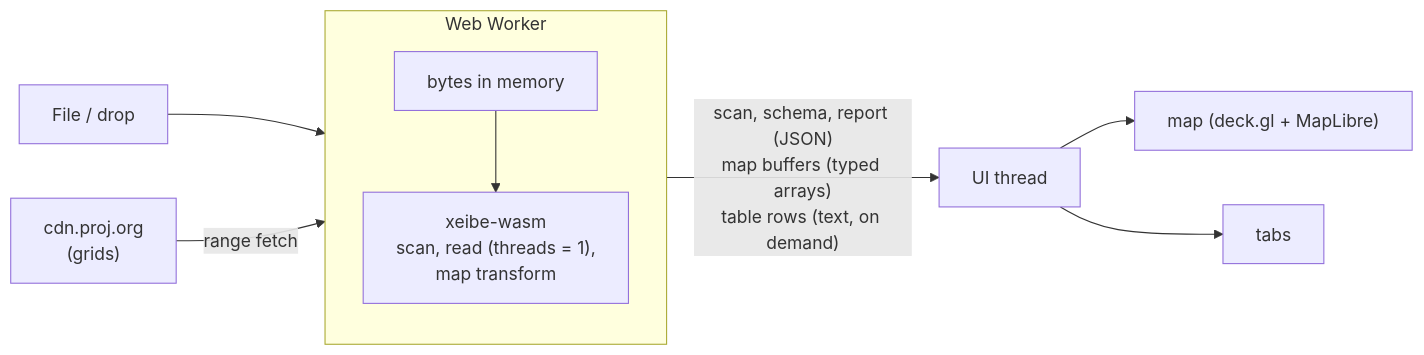
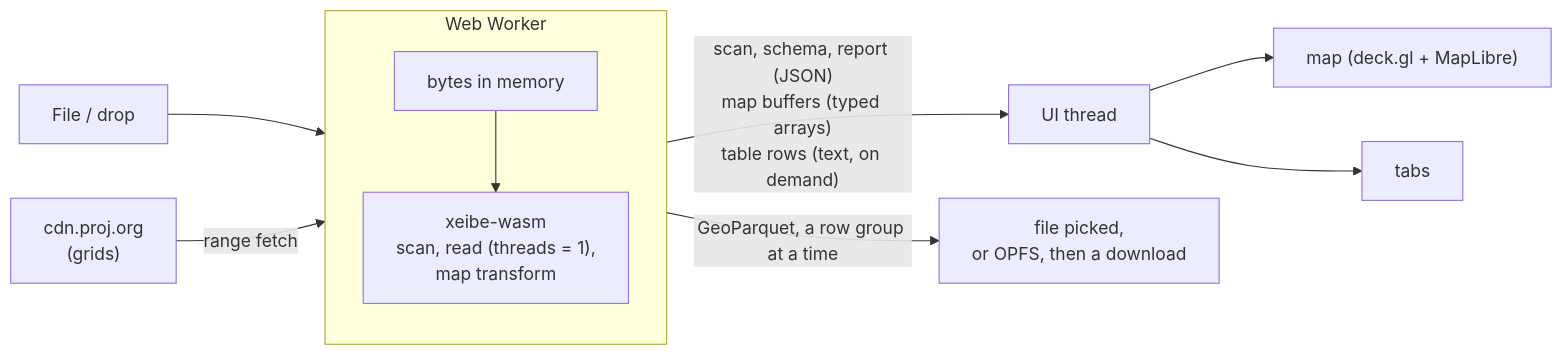
The diagram in docs/web.md (ttomasz/xeibe), drawn with Mermaid before and after one commit. The commit also changed other lines of this file and 6 other files, not shown here.

First line of the commit message:
Web page: export the whole layer to GeoParquet

````diff
--- a/docs/web.md
+++ b/docs/web.md
@@ -254,11 +278,12 @@
 ```mermaid
 flowchart LR
     file["File / drop"] --> worker
     cdn["cdn.proj.org<br/>(grids)"] -->|range fetch| worker
     subgraph worker["Web Worker"]
         bytes["bytes in memory"] --> wasm["xeibe-wasm<br/>scan, read (threads = 1),<br/>map transform"]
     end
     worker -->|"scan, schema, report (JSON)<br/>map buffers (typed arrays)<br/>table rows (text, on demand)"| ui["UI thread"]
+    worker -->|"GeoParquet, a row group at a time"| saved["file picked,<br/>or OPFS, then a download"]
     ui --> map["map (deck.gl + MapLibre)"]
     ui --> tabs["tabs"]
 ```
````
